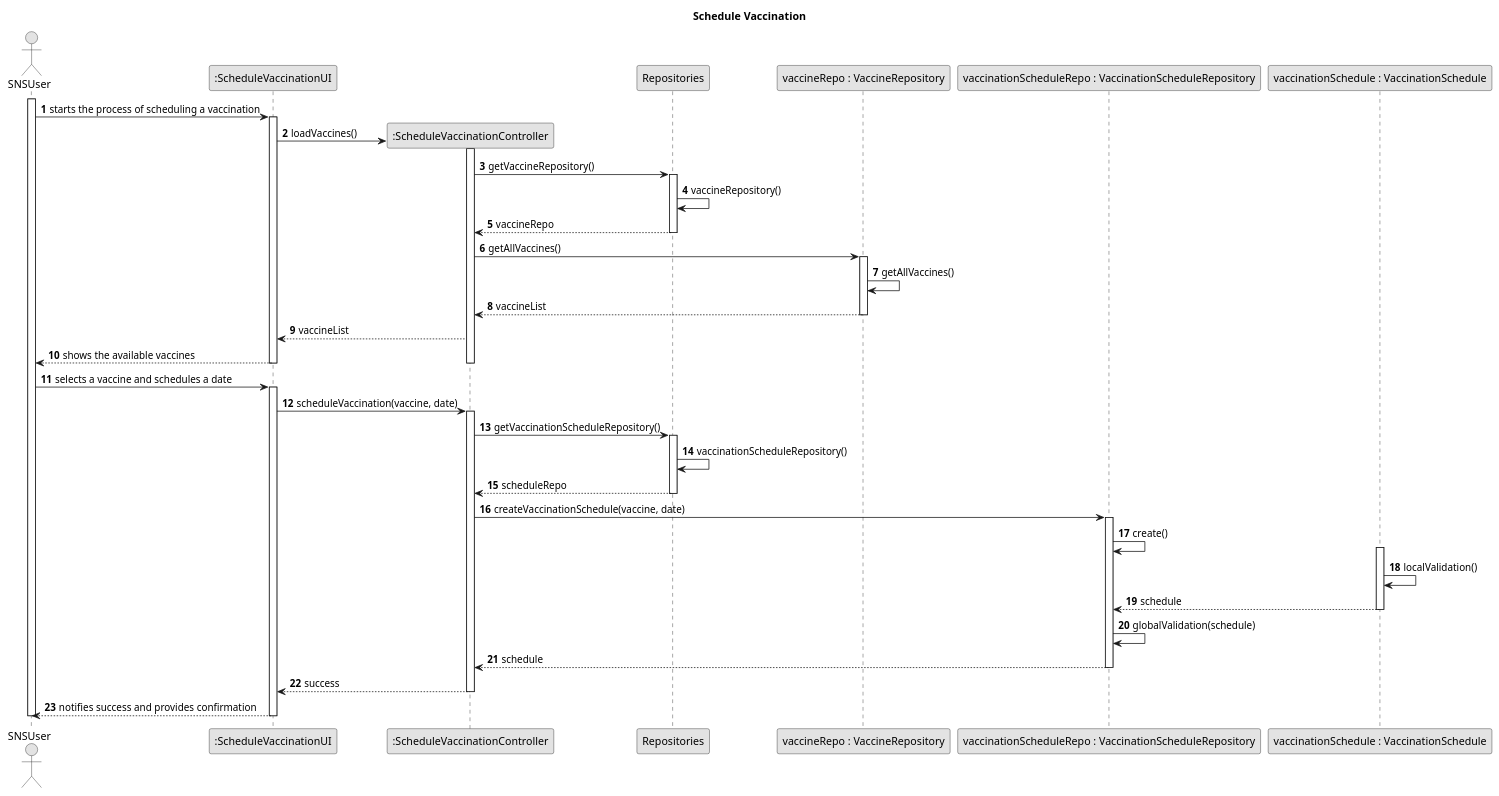
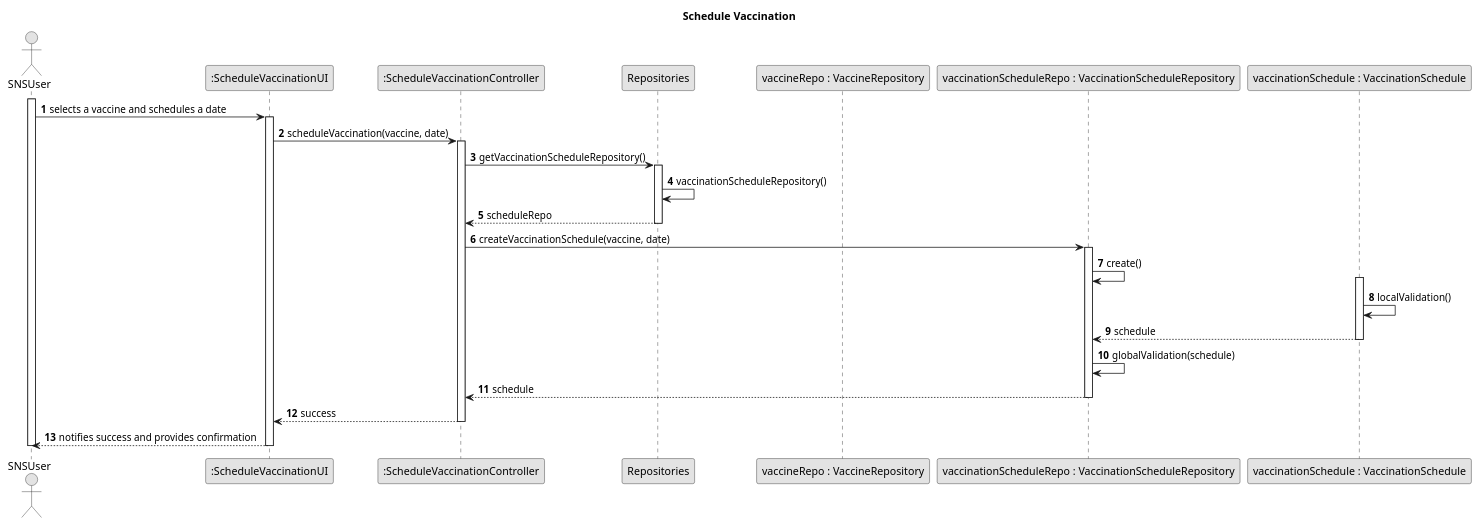
The diagram in sns-base/doc/global/use-cases/UC021/uc021-sd.puml (franciscomaia097/ProjectoPDS), drawn with PlantUML before and after one commit. The commit also changed 13 other files, not shown here.

Commit message:
Fixed UML Models, added Registe User classes

```diff
--- a/sns-base/doc/global/use-cases/UC021/uc021-sd.puml
+++ b/sns-base/doc/global/use-cases/UC021/uc021-sd.puml
@@ -1,65 +1,47 @@
 @startuml
 skinparam monochrome true
 skinparam packageStyle rectangle
 skinparam shadowing false
 
 title Schedule Vaccination
 
 autonumber
 
 actor SNSUser
 participant ":ScheduleVaccinationUI" as ui
 participant ":ScheduleVaccinationController" as ctrl
 participant Repositories
 participant "vaccineRepo : VaccineRepository" as vaccineRepo
 participant "vaccinationScheduleRepo : VaccinationScheduleRepository" as scheduleRepo
 participant "vaccinationSchedule : VaccinationSchedule" as schedule
 
 activate SNSUser
 
-    SNSUser -> ui : starts the process of scheduling a vaccination
-    activate ui
-        ui -> ctrl** : loadVaccines()
-        activate ctrl
-            ctrl -> Repositories : getVaccineRepository()
-            activate Repositories
-                Repositories -> Repositories : vaccineRepository()
-                Repositories --> ctrl : vaccineRepo
-            deactivate Repositories
-            ctrl -> vaccineRepo : getAllVaccines()
-            activate vaccineRepo
-                vaccineRepo -> vaccineRepo : getAllVaccines()
-                vaccineRepo --> ctrl : vaccineList
-            deactivate vaccineRepo
-            ctrl --> ui : vaccineList
-            ui --> SNSUser : shows the available vaccines
-        deactivate ctrl
-    deactivate ui
 
     SNSUser -> ui : selects a vaccine and schedules a date
     activate ui
         ui -> ctrl : scheduleVaccination(vaccine, date)
         activate ctrl
             ctrl -> Repositories : getVaccinationScheduleRepository()
             activate Repositories
                 Repositories -> Repositories : vaccinationScheduleRepository()
                 Repositories --> ctrl : scheduleRepo
             deactivate Repositories
             ctrl -> scheduleRepo : createVaccinationSchedule(vaccine, date)
             activate scheduleRepo
                 scheduleRepo -> scheduleRepo : create()
                 activate schedule
                     schedule -> schedule : localValidation()
                     schedule --> scheduleRepo : schedule
                 deactivate schedule
                 scheduleRepo -> scheduleRepo : globalValidation(schedule)
                 scheduleRepo --> ctrl : schedule
             deactivate scheduleRepo
             ctrl --> ui : success
         deactivate ctrl
         ui --> SNSUser : notifies success and provides confirmation
     deactivate ui
 
 deactivate SNSUser
 
 @enduml
```
